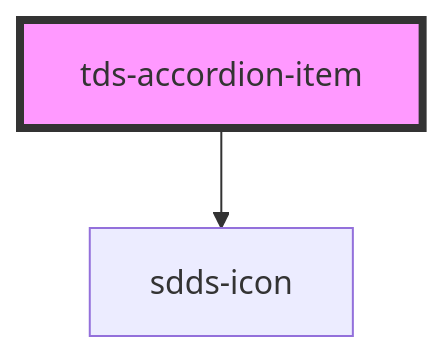
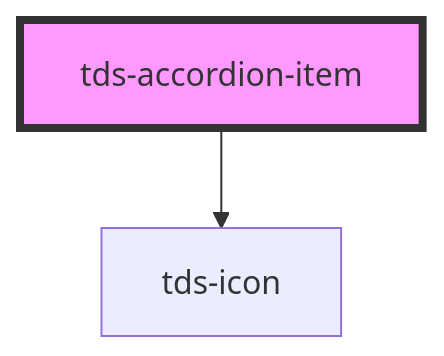
One commit to scania-digital-design-system/tegel changed the diagram in core/src/components/accordion/accordion-item/readme.md. Above: the diagram before and after it, drawn with Mermaid. The commit also changed 1 other file, not shown here.

Commit message:
docs(readme): updated readmes after merge

````diff
--- a/core/src/components/accordion/accordion-item/readme.md
+++ b/core/src/components/accordion/accordion-item/readme.md
@@ -46,5 +46,5 @@
 ```mermaid
 graph TD;
-  tds-accordion-item --> sdds-icon
+  tds-accordion-item --> tds-icon
   style tds-accordion-item fill:#f9f,stroke:#333,stroke-width:4px
 ```
````
